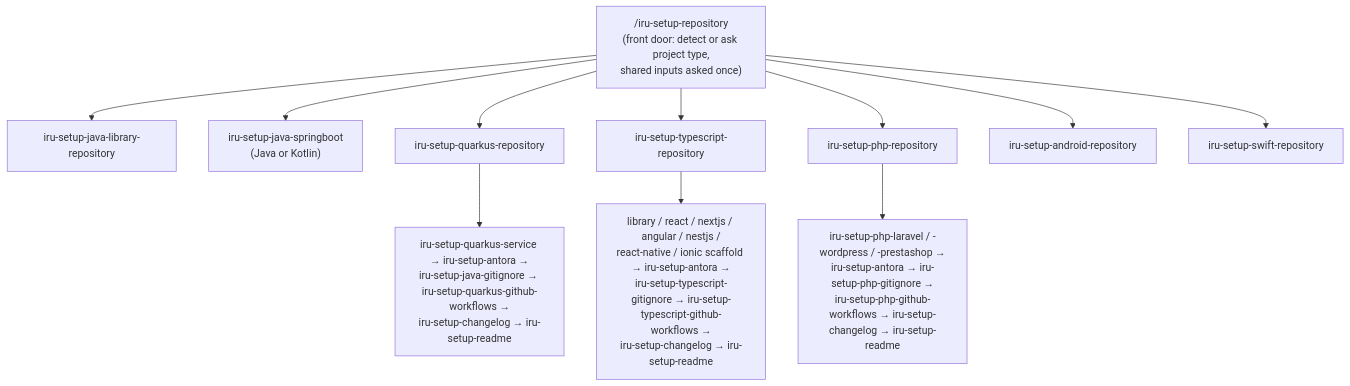
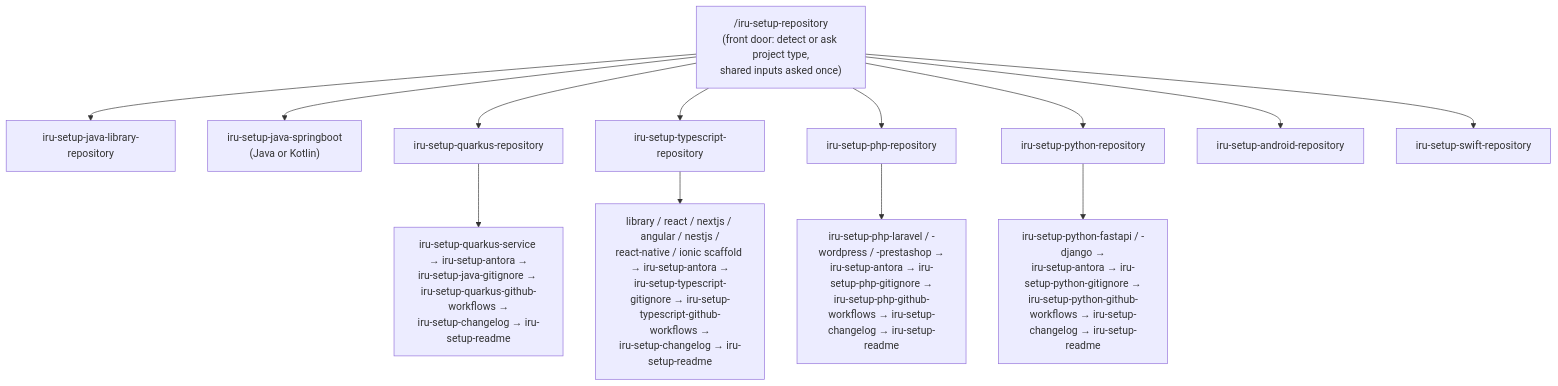
The third of 10 diagrams in docs/modules/ROOT/pages/index.adoc (albertoirurueta/ai-catalog), drawn with Mermaid before and after one commit. The commit also changed other lines of this file and 91 other files, not shown here.

First line of the commit message:
Add Python support for FastAPI and Django (#21)

```diff
--- a/docs/modules/ROOT/pages/index.adoc
+++ b/docs/modules/ROOT/pages/index.adoc
@@ -2165,14 +2354,16 @@
 [mermaid]
 ....
 flowchart TD
     FD["/iru-setup-repository\n(front door: detect or ask project type,\nshared inputs asked once)"] --> J["iru-setup-java-library-repository"]
     FD --> SB["iru-setup-java-springboot\n(Java or Kotlin)"]
     FD --> Q["iru-setup-quarkus-repository"]
     FD --> T["iru-setup-typescript-repository"]
     FD --> PH["iru-setup-php-repository"]
+    FD --> PY["iru-setup-python-repository"]
     FD --> A["iru-setup-android-repository"]
     FD --> SW["iru-setup-swift-repository"]
     Q --> Q1["iru-setup-quarkus-service → iru-setup-antora →\niru-setup-java-gitignore → iru-setup-quarkus-github-workflows →\niru-setup-changelog → iru-setup-readme"]
     T --> T1["library / react / nextjs / angular / nestjs /\nreact-native / ionic scaffold → iru-setup-antora →\niru-setup-typescript-gitignore → iru-setup-typescript-github-workflows →\niru-setup-changelog → iru-setup-readme"]
     PH --> P1["iru-setup-php-laravel / -wordpress / -prestashop →\niru-setup-antora → iru-setup-php-gitignore →\niru-setup-php-github-workflows → iru-setup-changelog → iru-setup-readme"]
+    PY --> PY1["iru-setup-python-fastapi / -django →\niru-setup-antora → iru-setup-python-gitignore →\niru-setup-python-github-workflows → iru-setup-changelog → iru-setup-readme"]
 ....
```
